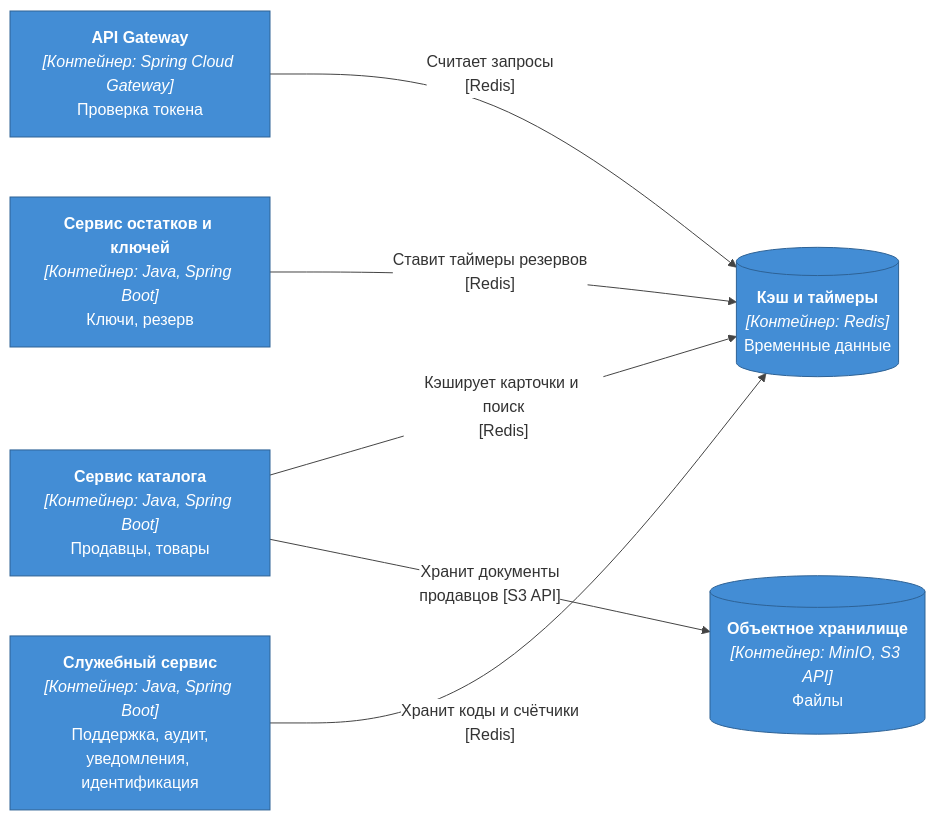
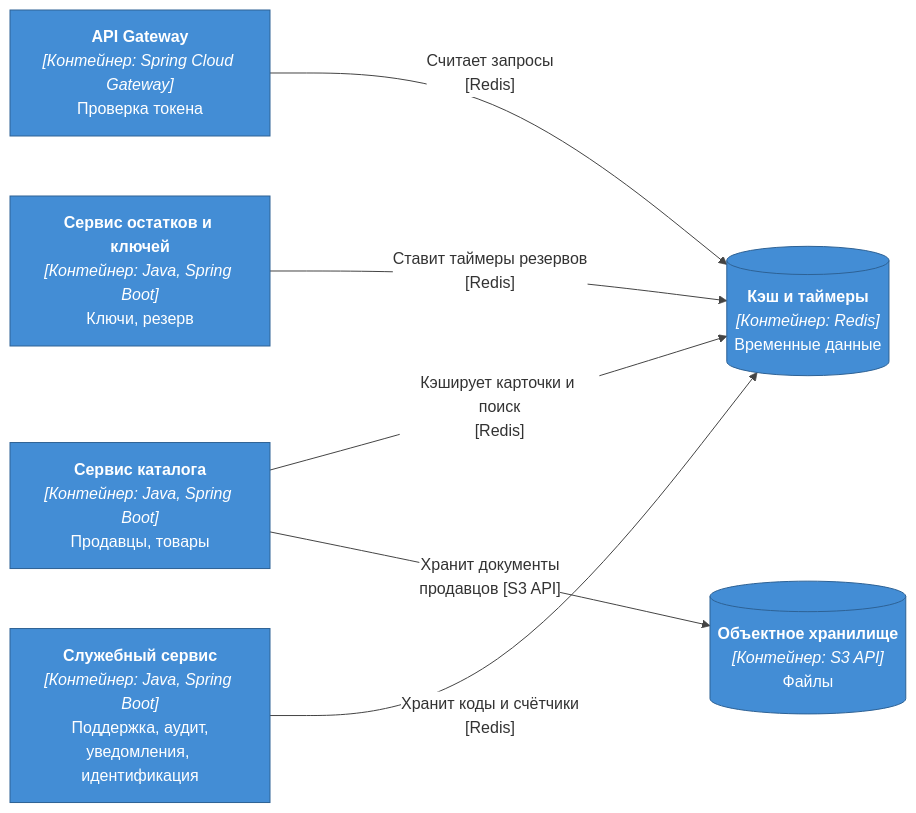
The sixth of 9 diagrams in docs/05-architecture/c4-containers.md (Lapin143/digital-goods-marketplace), drawn with Mermaid before and after one commit. The commit also changed other lines of this file and 17 other files, not shown here.

First line of the commit message:
docs: объектное хранилище вместо архивного MinIO (ADR-024)

````diff
--- a/docs/05-architecture/c4-containers.md
+++ b/docs/05-architecture/c4-containers.md
@@ -258,20 +258,20 @@
 ```mermaid
 %%{init: {"theme":"base","themeVariables":{"edgeLabelBackground":"#ffffff","lineColor":"#444444"},"flowchart": {"nodeSpacing": 60, "rankSpacing": 240, "curve": "basis"}}}%%
 flowchart LR
     api-gateway["<b>API Gateway</b><br/><i>[Контейнер: Spring Cloud Gateway]</i><br/>Проверка токена"]
     catalog-service["<b>Сервис каталога</b><br/><i>[Контейнер: Java, Spring Boot]</i><br/>Продавцы, товары"]
     inventory-service["<b>Сервис остатков и ключей</b><br/><i>[Контейнер: Java, Spring Boot]</i><br/>Ключи, резерв"]
     platform-service["<b>Служебный сервис</b><br/><i>[Контейнер: Java, Spring Boot]</i><br/>Поддержка, аудит,<br/>уведомления, идентификация"]
 
     redis[("<b>Кэш и таймеры</b><br/><i>[Контейнер: Redis]</i><br/>Временные данные")]
-    object-storage[("<b>Объектное хранилище</b><br/><i>[Контейнер: MinIO, S3 API]</i><br/>Файлы")]
+    object-storage[("<b>Объектное хранилище</b><br/><i>[Контейнер: S3 API]</i><br/>Файлы")]
 
     api-gateway -->|"Считает запросы<br/>[Redis]"| redis
     catalog-service -->|"Кэширует карточки и поиск<br/>[Redis]"| redis
     inventory-service -->|"Ставит таймеры резервов<br/>[Redis]"| redis
     platform-service -->|"Хранит коды и счётчики<br/>[Redis]"| redis
     catalog-service -->|"Хранит документы<br/>продавцов [S3 API]"| object-storage
 
     classDef container fill:#438dd5,stroke:#2e6295,color:#ffffff
     class api-gateway,catalog-service,inventory-service,platform-service,redis,object-storage container
 ```
````
